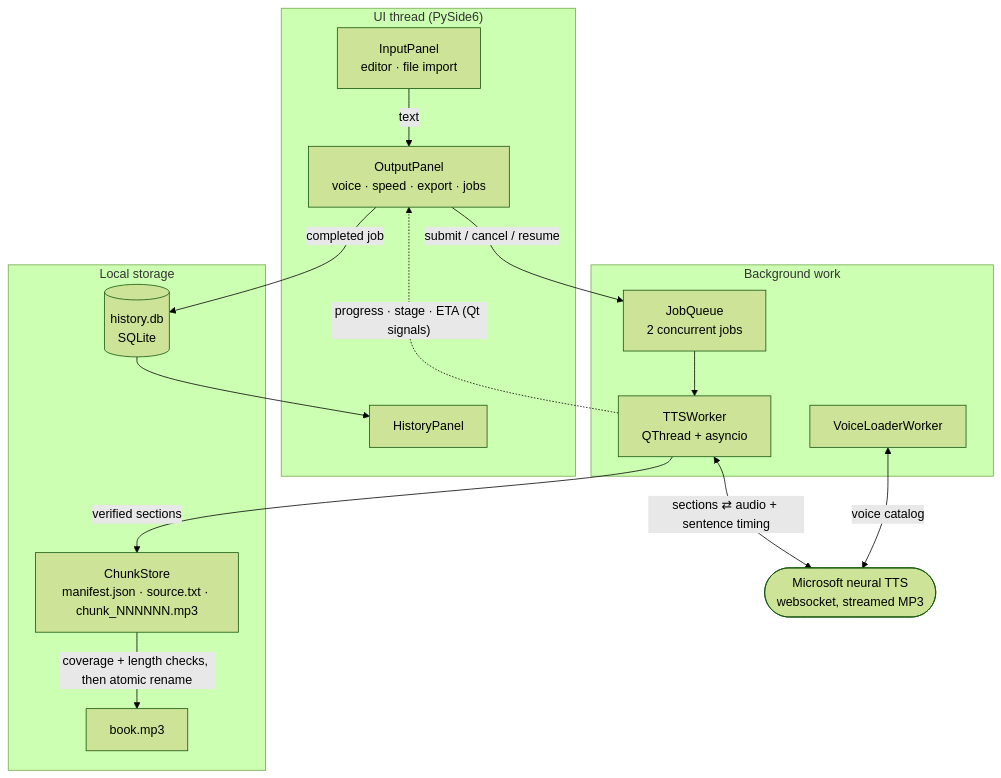
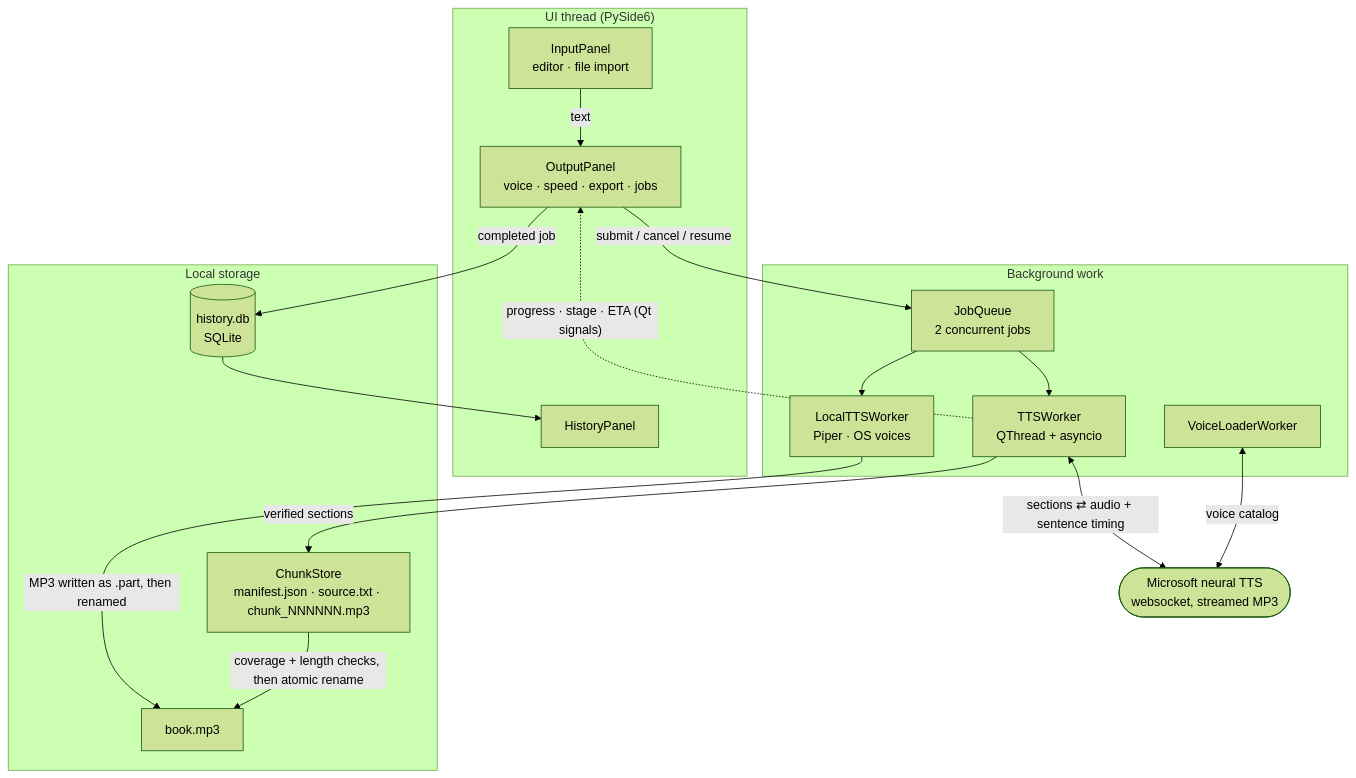
The first of 2 diagrams in README.md (VijaysinghPuwar/setuptts), drawn with Mermaid (forest theme) before and after one commit. The commit also changed other lines of this file and 2 other files, not shown here.

````diff
--- a/README.md
+++ b/README.md
@@ -69,33 +71,36 @@
 ```mermaid
 flowchart TB
     subgraph UI["UI thread (PySide6)"]
         IP["InputPanel<br/>editor · file import"]
         OP["OutputPanel<br/>voice · speed · export · jobs"]
         HP["HistoryPanel"]
     end
 
     subgraph Jobs["Background work"]
         JQ["JobQueue<br/>2 concurrent jobs"]
         W["TTSWorker<br/>QThread + asyncio"]
+        LW["LocalTTSWorker<br/>Piper · OS voices"]
         VL["VoiceLoaderWorker"]
     end
 
     subgraph Disk["Local storage"]
         CS["ChunkStore<br/>manifest.json · source.txt · chunk_NNNNNN.mp3"]
         DB[("history.db<br/>SQLite")]
         OUT["book.mp3"]
     end
 
     SVC(["Microsoft neural TTS<br/>websocket, streamed MP3"])
 
     IP -- text --> OP
     OP -- submit / cancel / resume --> JQ
     JQ --> W
+    JQ --> LW
+    LW -- "MP3 written as .part, then renamed" --> OUT
     W <-->|"sections ⇄ audio + sentence timing"| SVC
     VL <-->|"voice catalog"| SVC
     W -- verified sections --> CS
     CS -- "coverage + length checks, then atomic rename" --> OUT
     W -.->|"progress · stage · ETA (Qt signals)"| OP
     OP -- completed job --> DB
     DB --> HP
 ```
````
